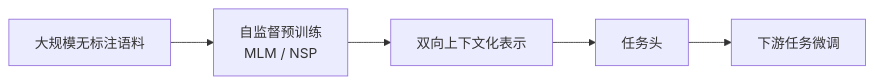
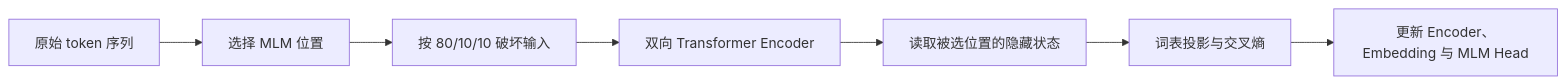
The diagram in ai/model/bert.md (zhangqian-silk/computer-science), drawn with Mermaid before and after one commit. The commit also changed other lines of this file and 52 other files, not shown here.

````diff
--- a/ai/model/bert.md
+++ b/ai/model/bert.md
@@ -195,7 +65,9 @@
 ```mermaid
 flowchart LR
-	A["大规模无标注语料"] --> B["自监督预训练<br/>MLM / NSP"]
-	B --> C["双向上下文化表示"]
-	C --> D["任务头"]
-	D --> E["下游任务微调"]
+	T["原始 token 序列"] --> S["选择 MLM 位置"]
+	S --> C["按 80/10/10 破坏输入"]
+	C --> E["双向 Transformer Encoder"]
+	E --> H["读取被选位置的隐藏状态"]
+	H --> V["词表投影与交叉熵"]
+	V --> U["更新 Encoder、Embedding 与 MLM Head"]
 ```
````
